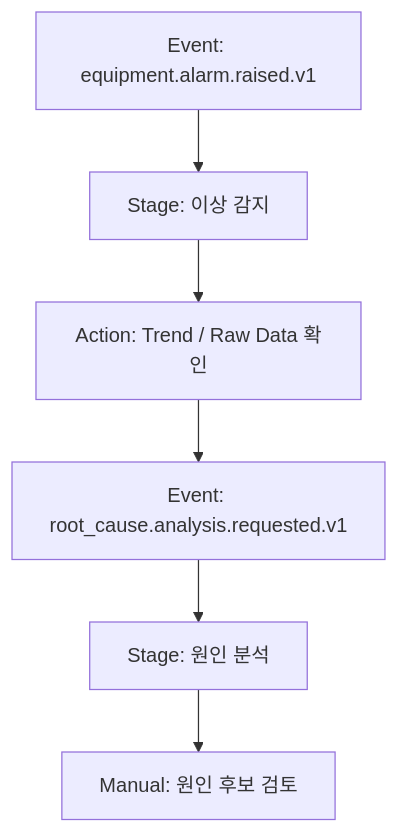
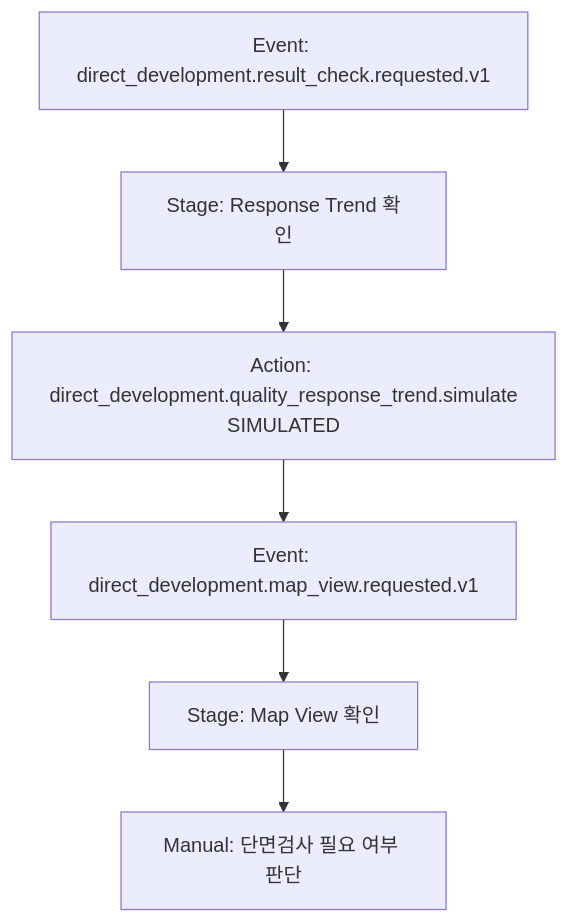
The diagram in data/boi/private/0000000/usage-examples/sop-mermaid-flow.md (chokukil/boi-wiki-local), drawn with Mermaid before and after one commit. The commit also changed other lines of this file and 15 other files, not shown here.

Commit message:
Update natural language examples for direct development PoC

````diff
--- a/data/boi/private/0000000/usage-examples/sop-mermaid-flow.md
+++ b/data/boi/private/0000000/usage-examples/sop-mermaid-flow.md
@@ -38,8 +38,8 @@
 ```mermaid
 flowchart TD
-  A["Event: equipment.alarm.raised.v1"] --> B["Stage: 이상 감지"]
-  B --> C["Action: Trend / Raw Data 확인"]
-  C --> D["Event: root_cause.analysis.requested.v1"]
-  D --> E["Stage: 원인 분석"]
-  E --> F["Manual: 원인 후보 검토"]
+  A["Event: direct_development.result_check.requested.v1"] --> B["Stage: Response Trend 확인"]
+  B --> C["Action: direct_development.quality_response_trend.simulate<br/>SIMULATED"]
+  C --> D["Event: direct_development.map_view.requested.v1"]
+  D --> E["Stage: Map View 확인"]
+  E --> F["Manual: 단면검사 필요 여부 판단"]
 ```
````
